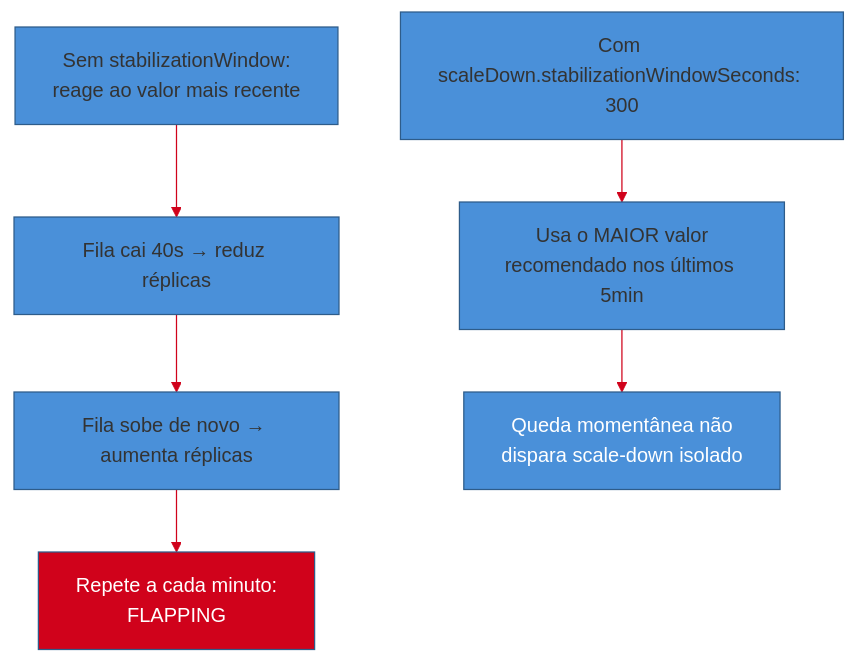
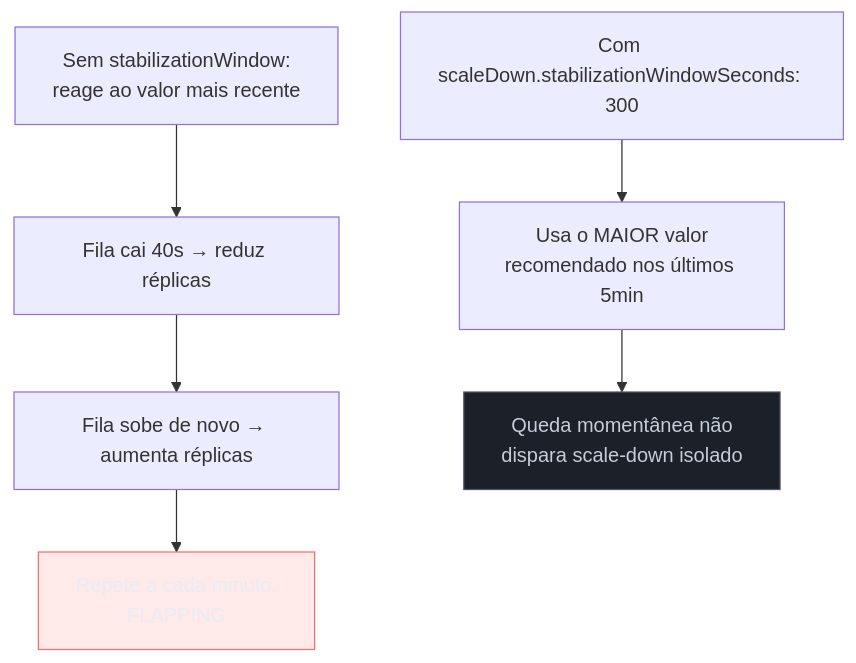
One commit to josenaldo/codex-technomanticus changed the fourth of 4 diagrams in 03-Dominios/Tecnologia/Python/Cloud-native e produção/05 - Autoscaling — HPA baseado em métrica.md. Above: the diagram before and after it, drawn with Mermaid. The commit also changed other lines of this file and 1181 other files, not shown here.

First line of the commit message:
fix(diagramas): paleta do sistema no lugar de cor cravada no markdown

````diff
--- a/03-Dominios/Tecnologia/Python/Cloud-native e produção/05 - Autoscaling — HPA baseado em métrica.md
+++ b/03-Dominios/Tecnologia/Python/Cloud-native e produção/05 - Autoscaling — HPA baseado em métrica.md
@@ -285,13 +286,14 @@
 ```mermaid
-%%{init: {"theme": "base", "themeVariables": {"primaryColor": "#4A90D9", "primaryBorderColor": "#2E5C8A", "lineColor": "#D0021B"}}}%%
 graph TD
+    classDef falha fill:#FF6B6B24,stroke:#FF6B6B,color:#E9ECF2
+    classDef neutro fill:#1B2029,stroke:#4E5666,color:#C6CCD8
     SEM["Sem stabilizationWindow:<br/>reage ao valor mais recente"] --> F1["Fila cai 40s → reduz réplicas"]
     F1 --> F2["Fila sobe de novo → aumenta réplicas"]
     F2 --> F3["Repete a cada minuto:<br/>FLAPPING"]
 
     COM["Com scaleDown.stabilizationWindowSeconds: 300"] --> J["Usa o MAIOR valor<br/>recomendado nos últimos 5min"]
     J --> ESTAVEL["Queda momentânea não<br/>dispara scale-down isolado"]
 
-    style F3 fill:#D0021B,color:#fff
-    style ESTAVEL fill:#4A90D9,color:#fff
+    class F3 falha
+    class ESTAVEL neutro
 ```
````
